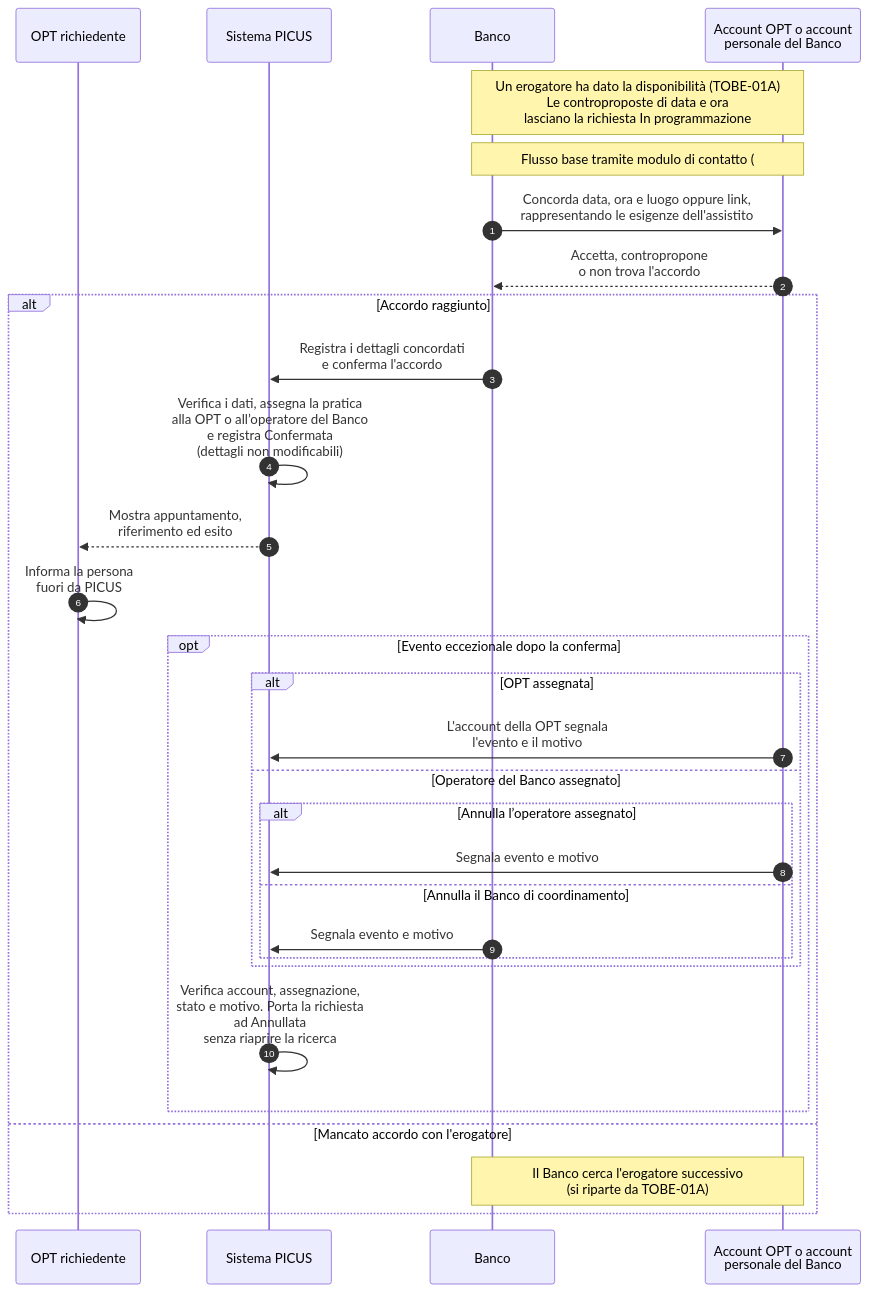
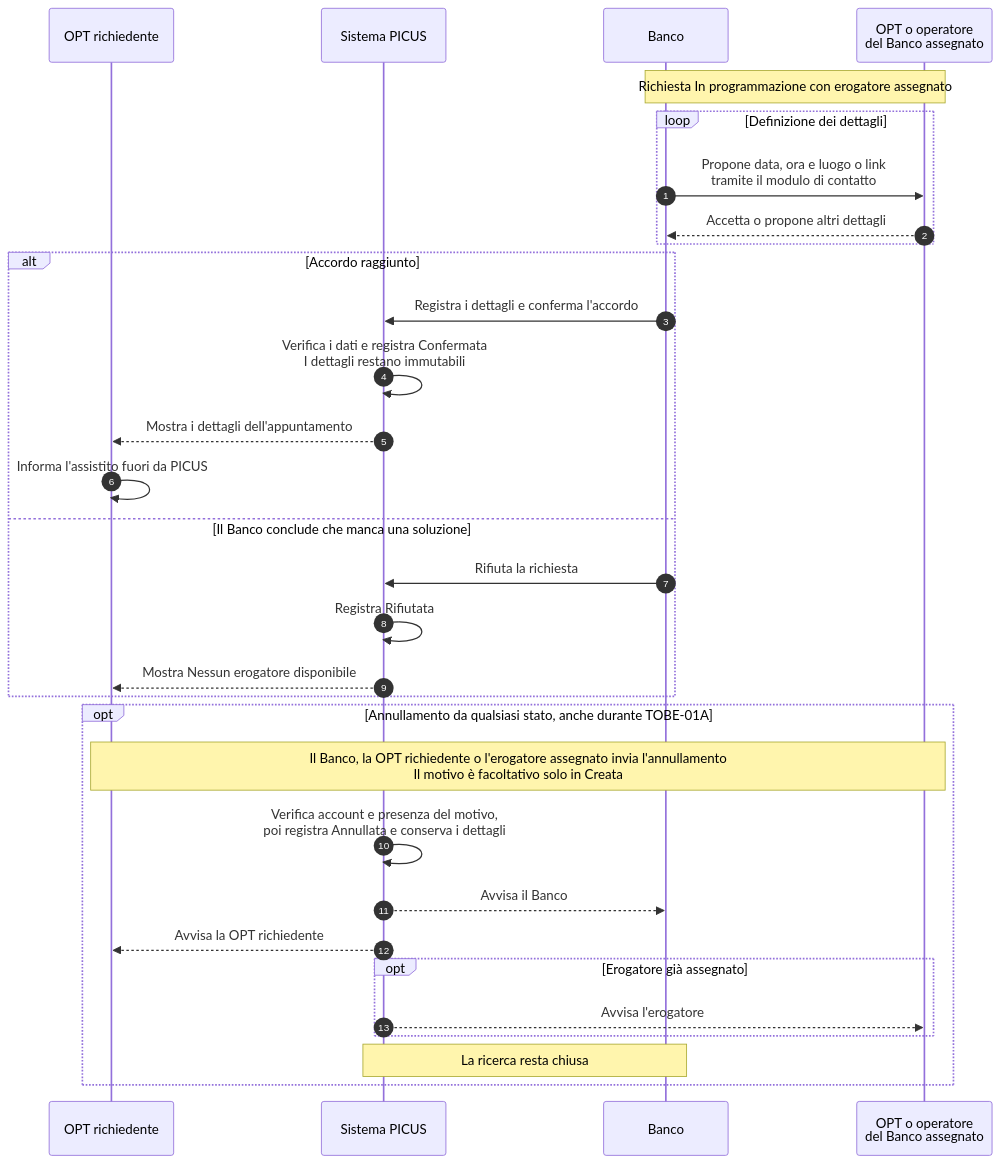
Before and after one commit to Pinguini-alla-Fragola/Progetto-SAD: the diagram in docs/requirements/diagrams/to-be/TOBE-01B-appuntamento-esito.mmd, drawn with Mermaid. The commit also changed 43 other files, not shown here.

First line of the commit message:
Completa la baseline architetturale di PICUS per lo Sprint 2 (#85)

```diff
--- a/docs/requirements/diagrams/to-be/TOBE-01B-appuntamento-esito.mmd
+++ b/docs/requirements/diagrams/to-be/TOBE-01B-appuntamento-esito.mmd
@@ -1,35 +1,35 @@
-%% TOBE-01B v0.3 - 07/11/2026
-%% Allineato alle scelte del gruppo registrate il 03/11/2026: Banco ed erogatore concordano i dettagli, solo il Banco li registra e conferma.
-%% Stato finale positivo Confermata: attesta l'accordo, non l'erogazione. Dopo la conferma i dettagli non cambiano.
-%% Annullata: solo per evento eccezionale, con motivo obbligatorio, secondo la matrice di #28 e #54.
+%% TOBE-01B v0.4 - 14/11/2026
+%% Accordo e annullamento. Si modella lo stato della sola richiesta.
 sequenceDiagram
     autonumber
     participant R as OPT richiedente
     participant S as Sistema PICUS
     participant B as Banco
-    participant E as Account OPT o account<br/>personale del Banco
+    participant E as OPT o operatore<br/>del Banco assegnato
 
-    Note over B,E: Un erogatore ha dato la disponibilità (TOBE-01A)<br/>Le controproposte di data e ora<br/>lasciano la richiesta In programmazione
-    Note over B,E: Flusso base tramite modulo di contatto (#38)<br/>Calendario OPT facoltativo per misura (#73)
-    B->>E: Concorda data, ora e luogo oppure link,<br/>rappresentando le esigenze dell'assistito
-    E-->>B: Accetta, contropropone<br/>o non trova l'accordo
+    Note over B,E: Richiesta In programmazione con erogatore assegnato
+    loop Definizione dei dettagli
+        B->>E: Propone data, ora e luogo o link<br/>tramite il modulo di contatto
+        E-->>B: Accetta o propone altri dettagli
+    end
     alt Accordo raggiunto
-        B->>S: Registra i dettagli concordati<br/>e conferma l'accordo
-        S->>S: Verifica i dati, assegna la pratica<br/>alla OPT o all’operatore del Banco<br/>e registra Confermata<br/>(dettagli non modificabili)
-        S-->>R: Mostra appuntamento,<br/>riferimento ed esito
-        R->>R: Informa la persona<br/>fuori da PICUS
-        opt Evento eccezionale dopo la conferma
-            alt OPT assegnata
-                E->>S: L'account della OPT segnala<br/>l'evento e il motivo
-            else Operatore del Banco assegnato
-                alt Annulla l’operatore assegnato
-                    E->>S: Segnala evento e motivo
-                else Annulla il Banco di coordinamento
-                    B->>S: Segnala evento e motivo
-                end
-            end
-            S->>S: Verifica account, assegnazione,<br/>stato e motivo. Porta la richiesta<br/>ad Annullata<br/>senza riaprire la ricerca
+        B->>S: Registra i dettagli e conferma l'accordo
+        S->>S: Verifica i dati e registra Confermata<br/>I dettagli restano immutabili
+        S-->>R: Mostra i dettagli dell'appuntamento
+        R->>R: Informa l'assistito fuori da PICUS
+    else Il Banco conclude che manca una soluzione
+        B->>S: Rifiuta la richiesta
+        S->>S: Registra Rifiutata
+        S-->>R: Mostra Nessun erogatore disponibile
+    end
+
+    opt Annullamento da qualsiasi stato, anche durante TOBE-01A
+        Note over R,E: Il Banco, la OPT richiedente o l'erogatore assegnato invia l'annullamento<br/>Il motivo è facoltativo solo in Creata
+        S->>S: Verifica account e presenza del motivo,<br/>poi registra Annullata e conserva i dettagli
+        S-->>B: Avvisa il Banco
+        S-->>R: Avvisa la OPT richiedente
+        opt Erogatore già assegnato
+            S-->>E: Avvisa l'erogatore
         end
-    else Mancato accordo con l'erogatore
-        Note over B,E: Il Banco cerca l'erogatore successivo<br/>(si riparte da TOBE-01A)
+        Note over S,B: La ricerca resta chiusa
     end
```
